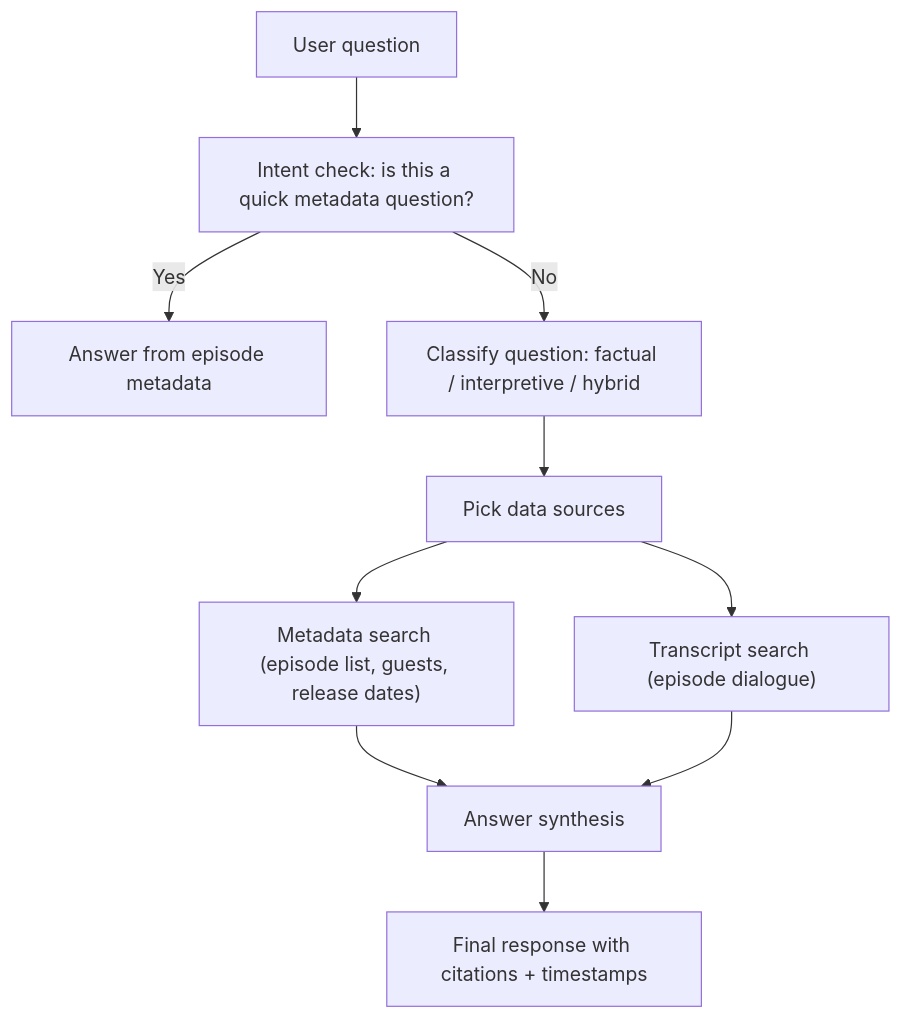
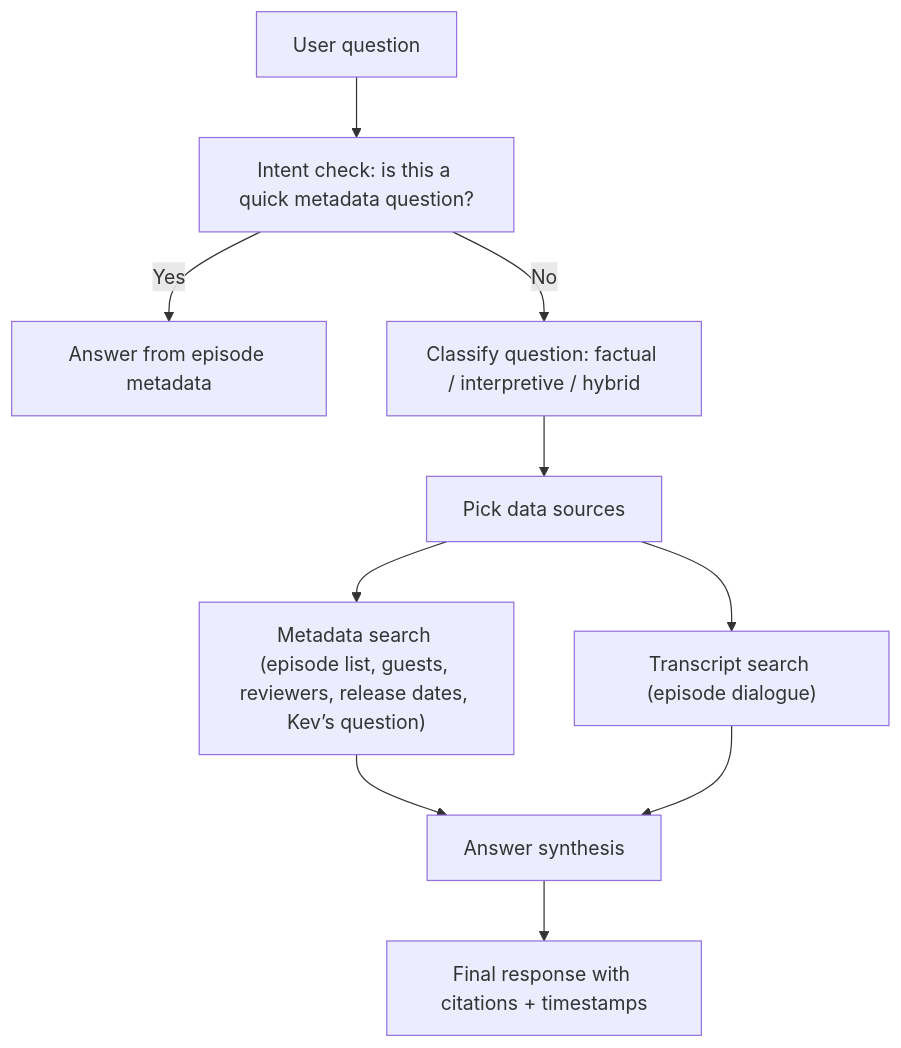
One commit to matthh/transcript-app changed the first of 2 diagrams in docs/query-journey.md. Above: the diagram before and after it, drawn with Mermaid. The commit also changed other lines of this file and 6 other files, not shown here.

Commit message:
Add metadata intents for release date and Kev question

````diff
--- a/docs/query-journey.md
+++ b/docs/query-journey.md
@@ -16,12 +16,12 @@
 ```mermaid
 flowchart TD
   A["User question"] --> B["Intent check: is this a quick metadata question?"]
   B -- "Yes" --> C["Answer from episode metadata"]
   B -- "No" --> D["Classify question: factual / interpretive / hybrid"]
   D --> E["Pick data sources"]
-  E --> F["Metadata search (episode list, guests, release dates)"]
+  E --> F["Metadata search (episode list, guests, reviewers, release dates, Kev’s question)"]
   E --> G["Transcript search (episode dialogue)"]
   F --> H["Answer synthesis"]
   G --> H["Answer synthesis"]
   H --> I["Final response with citations + timestamps"]
 ```
````
